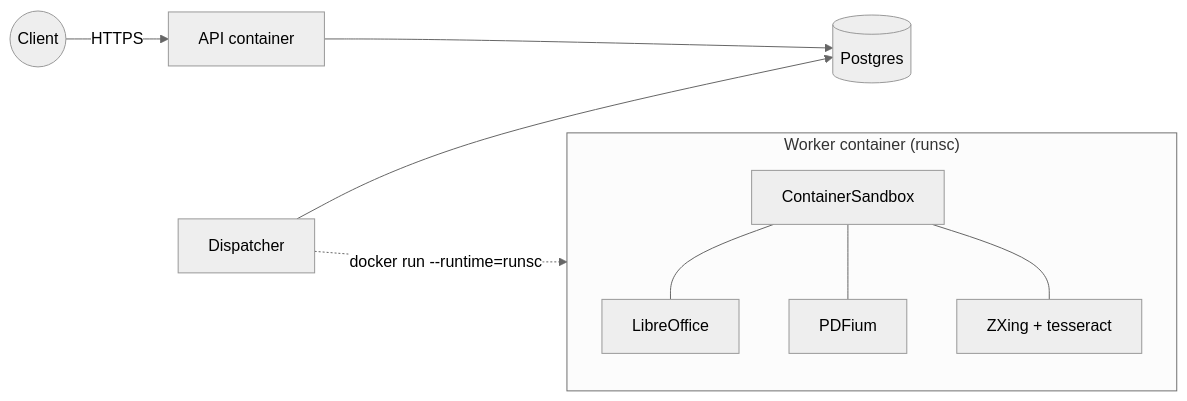
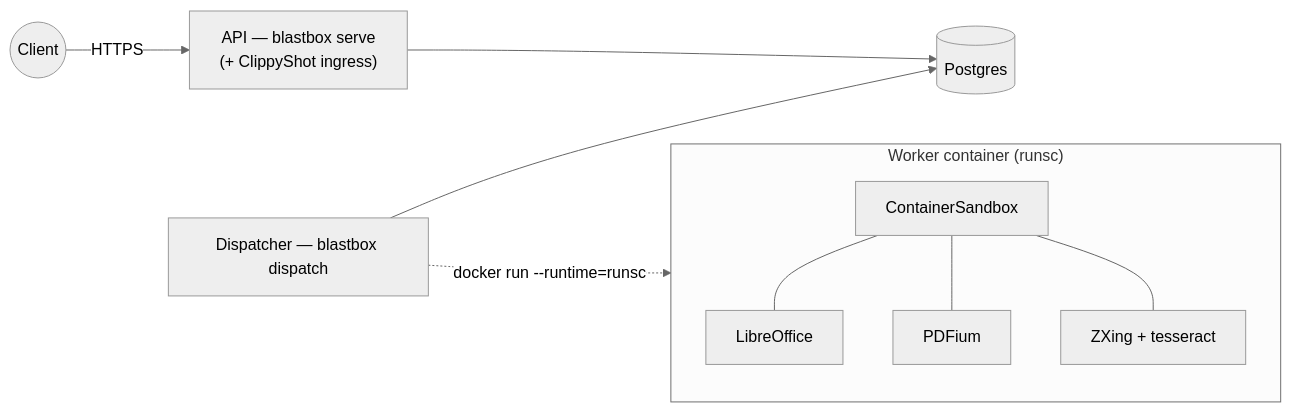
The first of 4 diagrams in README.md (wmetcalf/clippyshot), drawn with Mermaid (neutral theme) before and after one commit. The commit also changed other lines of this file and 1 other file, not shown here.

````diff
--- a/README.md
+++ b/README.md
@@ -183,17 +217,17 @@
 ```mermaid
 flowchart LR
     client((Client))
-    api[API container]
-    disp[Dispatcher]
+    api["API — blastbox serve<br/>(+ ClippyShot ingress)"]
+    disp["Dispatcher — blastbox dispatch"]
     pg[(Postgres)]
     subgraph worker["Worker container (runsc)"]
         cs[ContainerSandbox]
         cs --- soff[LibreOffice]
         cs --- rast[PDFium]
         cs --- scan[ZXing + tesseract]
     end
     client -->|HTTPS| api
     api --> pg
     disp --> pg
     disp -.->|docker run --runtime=runsc| worker
 ```
````
